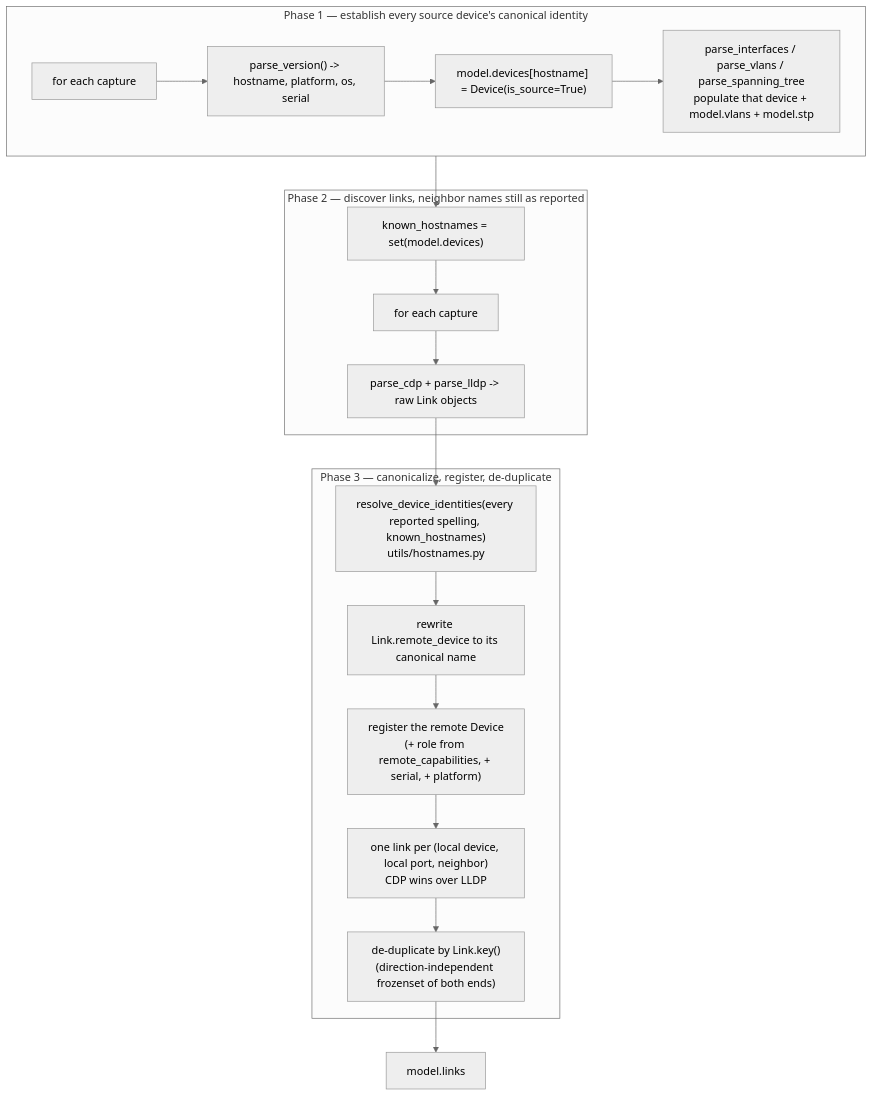
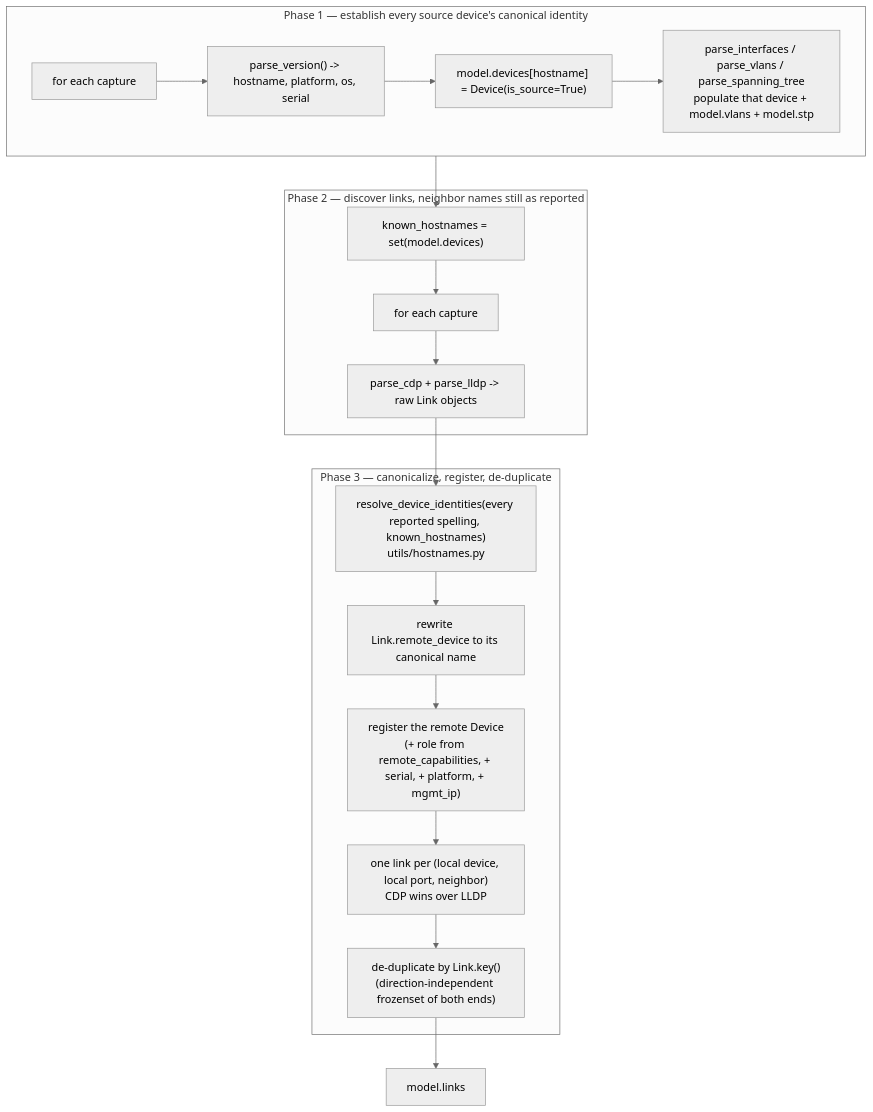
The third of 5 diagrams in docs/architecture.md (isrferna/nettopo), drawn with Mermaid (neutral theme) before and after one commit. The commit also changed other lines of this file and 14 other files, not shown here.

First line of the commit message:
Populate Device.mgmt_ip from the CDP/LLDP management address

````diff
--- a/docs/architecture.md
+++ b/docs/architecture.md
@@ -152,20 +152,20 @@
 ```mermaid
 flowchart TD
     subgraph phase1["Phase 1 — establish every source device's canonical identity"]
         A["for each capture"] --> B["parse_version() -> hostname, platform, os, serial"]
         B --> C["model.devices[hostname] = Device(is_source=True)"]
         C --> D["parse_interfaces / parse_vlans / parse_spanning_tree<br/>populate that device + model.vlans + model.stp"]
     end
     phase1 --> E["known_hostnames = set(model.devices)"]
     subgraph phase2["Phase 2 — discover links, neighbor names still as reported"]
         E --> F["for each capture"] --> G["parse_cdp + parse_lldp -> raw Link objects"]
     end
     G --> H["resolve_device_identities(every reported spelling, known_hostnames)<br/>utils/hostnames.py"]
     subgraph phase3["Phase 3 — canonicalize, register, de-duplicate"]
         H --> I["rewrite Link.remote_device to its canonical name"]
-        I --> J["register the remote Device<br/>(+ role from remote_capabilities, + serial, + platform)"]
+        I --> J["register the remote Device<br/>(+ role from remote_capabilities, + serial, + platform, + mgmt_ip)"]
         J --> K["one link per (local device, local port, neighbor)<br/>CDP wins over LLDP"]
         K --> L["de-duplicate by Link.key()<br/>(direction-independent frozenset of both ends)"]
     end
     L --> M["model.links"]
 ```
````
